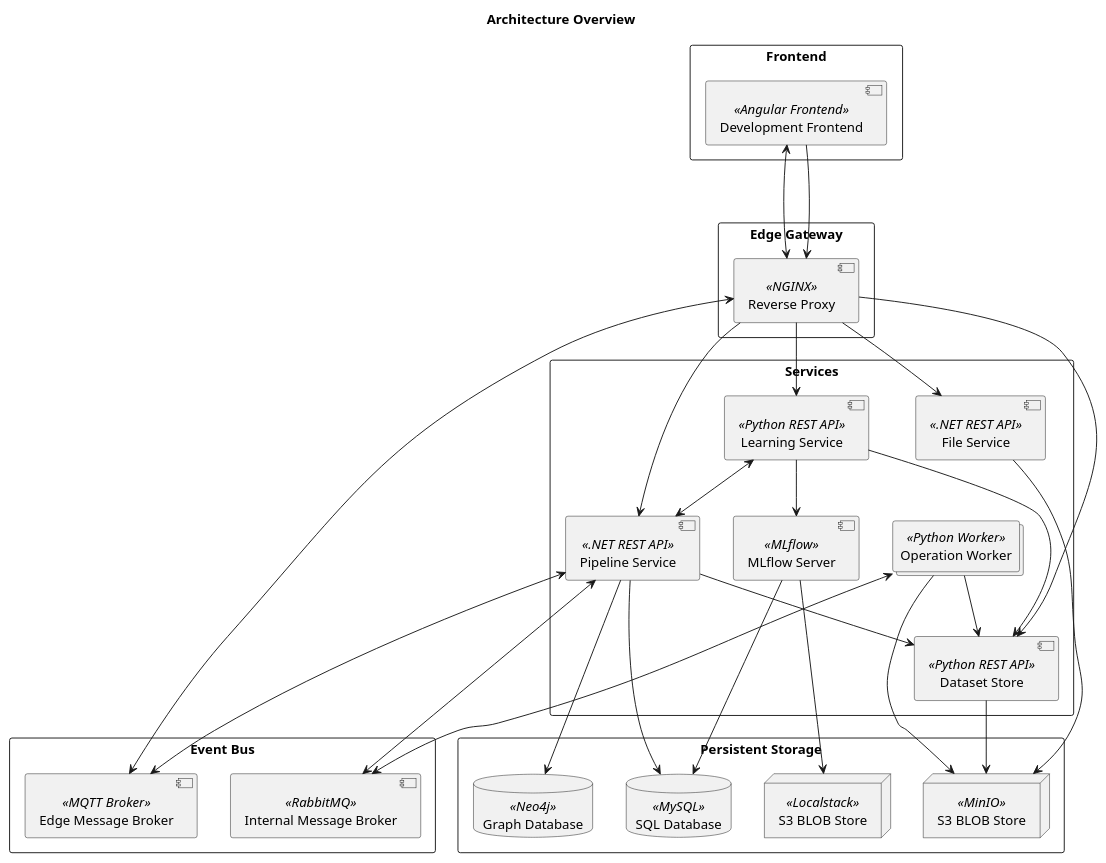
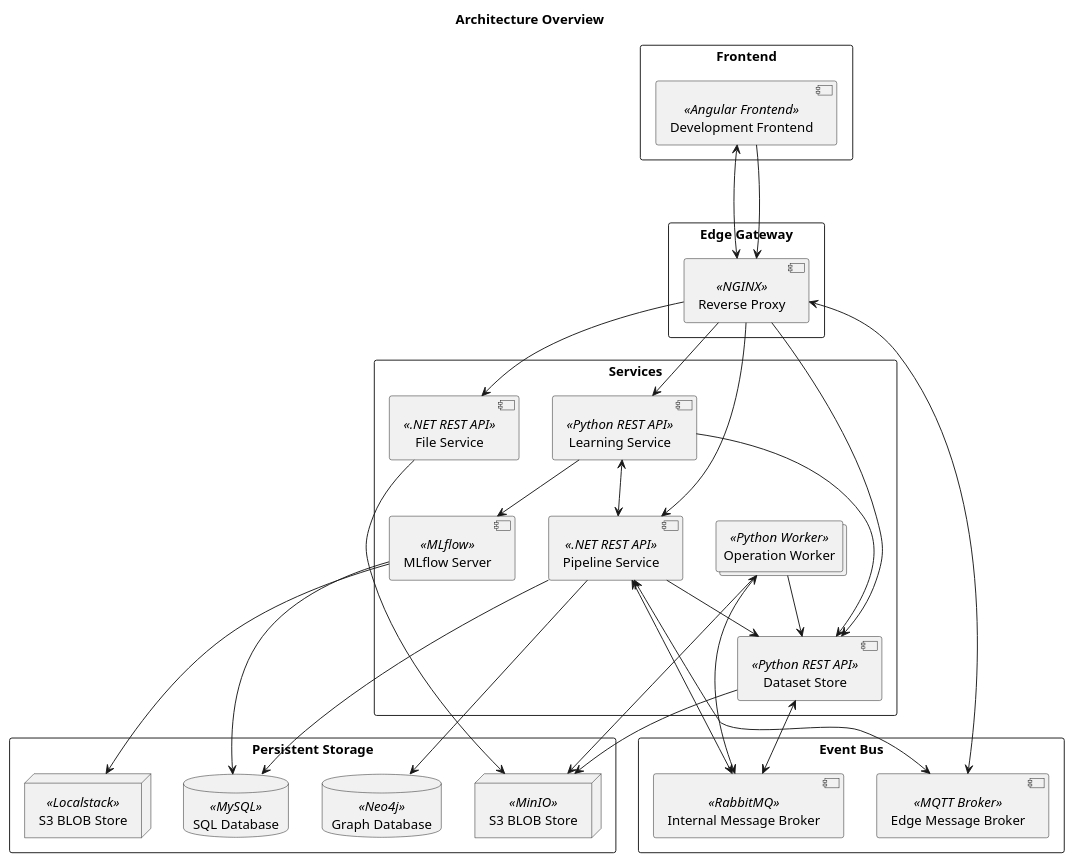
The diagram in docs/architecture/overview.puml (project-hanse/prototype-a), drawn with PlantUML before and after one commit. The commit also changed 14 other files, not shown here.

```diff
--- a/docs/architecture/overview.puml
+++ b/docs/architecture/overview.puml
@@ -1,79 +1,80 @@
 @startuml
 'https://plantuml.com/deployment-diagram
 
 title "Architecture Overview"
 
 'Definitions'
 
 rectangle "Frontend" {
     component "Development Frontend" << Angular Frontend >> as development_frontend
 }
 
 rectangle "Edge Gateway" {
     component "Reverse Proxy" << NGINX >> as reverse_proxy
 }
 
 rectangle "Event Bus" {
     component "Internal Message Broker" << RabbitMQ >> as message_broker_internal
     component "Edge Message Broker" << MQTT Broker >> as message_broker_edge
 }
 
 rectangle "Services" {
     component "Pipeline Service" << .NET REST API >> as pipeline_service
     collections  "Operation Worker" <<Python Worker>> as worker
     component "Learning Service" << Python REST API >> as learning_service
     component "File Service" << .NET REST API >> as file_service
     ' component "Database Admin" << Adminer >> as adminer
     component "Dataset Store" << Python REST API >> as dataset_store
     component "MLflow Server" << MLflow >> as mlflow_server
 }
 
 rectangle "Persistent Storage" {
     database "Graph Database" << Neo4j >> as graph_db
     node "S3 BLOB Store" << Localstack >> as blob_store
     node "S3 BLOB Store" << MinIO >> as blob_store_minio
     'database #line.dashed "Dataset Database" << MongoDB >> as dataset_db
     database "SQL Database" << MySQL >> as mysql_db
 }
 
 'Interaction'
 
 development_frontend <---> reverse_proxy
 development_frontend --> reverse_proxy
 
 reverse_proxy --> pipeline_service
 reverse_proxy --> learning_service
 reverse_proxy --> file_service
 reverse_proxy <--> message_broker_edge
 'TODO: This connection should no longer exist'
 reverse_proxy --> dataset_store
 ' reverse_proxy --> mlflow_server
 'reverse_proxy --> adminer
 ' reverse_proxy --> message_broker_internal
 
 learning_service --> mlflow_server
 learning_service --> dataset_store
 learning_service <--> pipeline_service
 
 pipeline_service --> graph_db
 pipeline_service <---> message_broker_internal
 pipeline_service <---> message_broker_edge
 pipeline_service --> mysql_db
 pipeline_service --> dataset_store
 
 'adminer --> mysql_db
 
 dataset_store --> blob_store_minio
+dataset_store <--> message_broker_internal
 'TODO: Default files should be seeded from file service PH-213'
 ' dataset_store --> blob_store
 
 file_service --> blob_store_minio
 
 mlflow_server --> mysql_db
 mlflow_server --> blob_store
 
 worker --> dataset_store
 worker --> blob_store_minio
 worker <--> message_broker_internal
 
 @enduml
```
